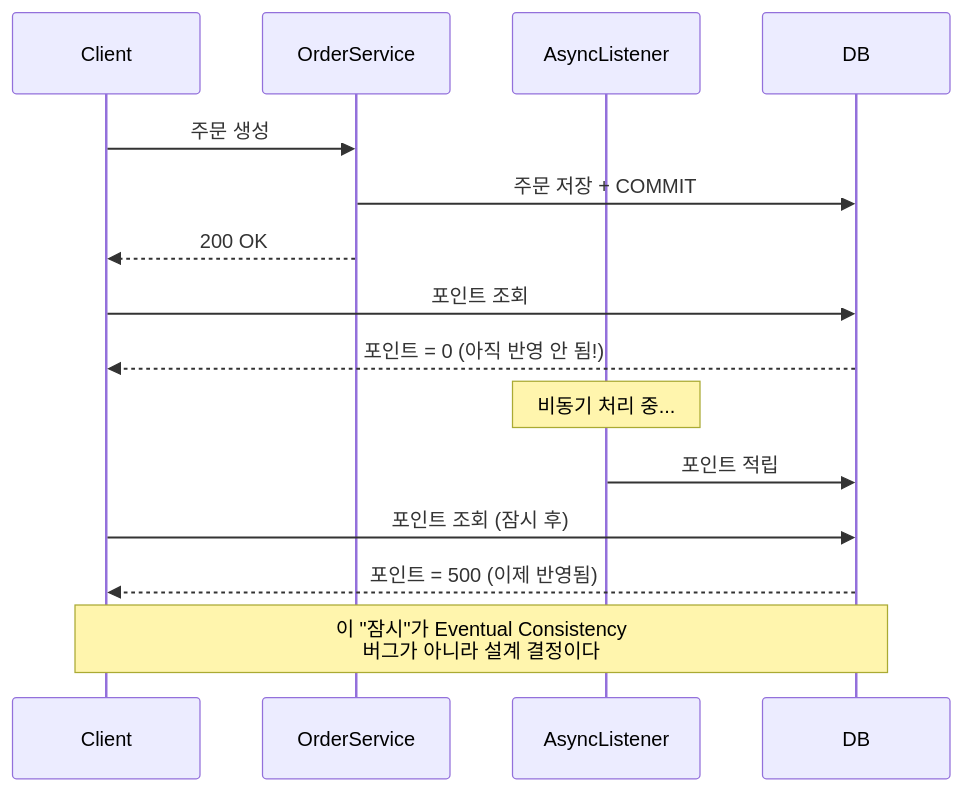
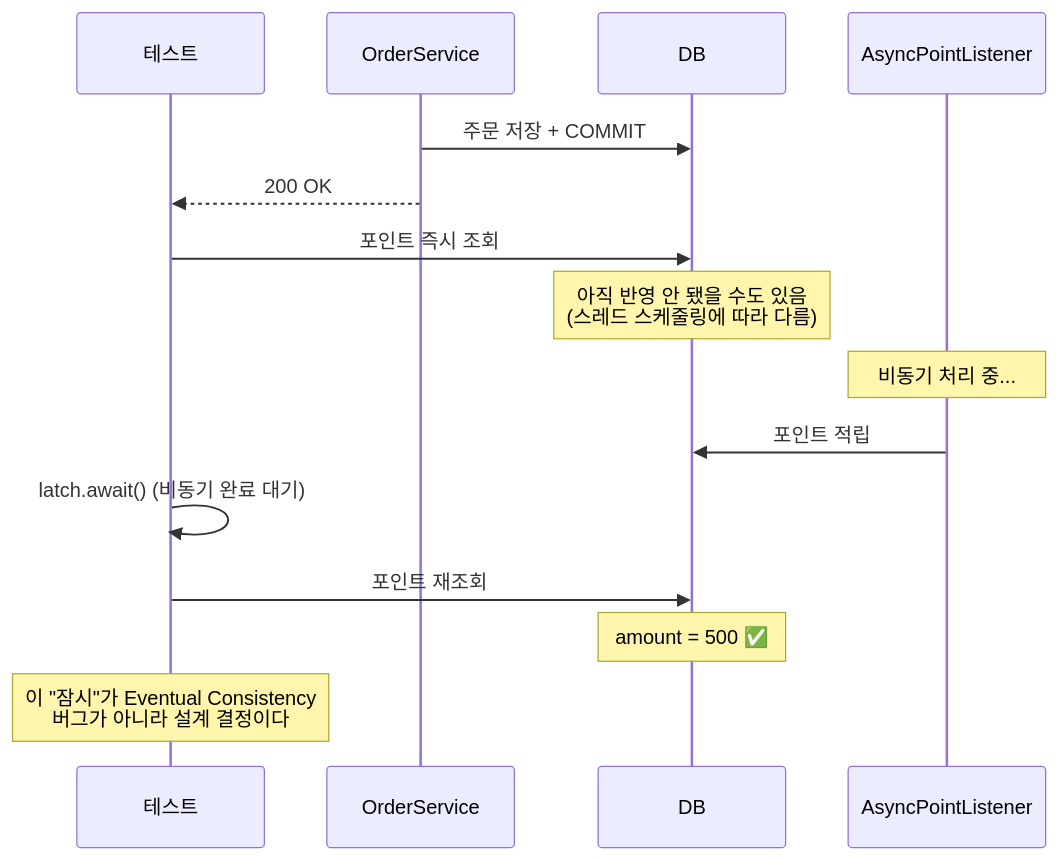
Before and after one commit to katiekim17/messaging-lab: the seventh of 8 diagrams in src/test/java/com/example/messaging/step2_transactional_event/README.md, drawn with Mermaid. The commit also changed other lines of this file and 6 other files, not shown here.

````diff
--- a/src/test/java/com/example/messaging/step2_transactional_event/README.md
+++ b/src/test/java/com/example/messaging/step2_transactional_event/README.md
@@ -89,23 +174,23 @@
 ```mermaid
 sequenceDiagram
-    participant Client
-    participant OrderService
-    participant AsyncListener
-    participant DB
+    participant Test as 테스트
+    participant OS as OrderService
+    participant DB as DB
+    participant AL as AsyncPointListener
 
-    Client->>OrderService: 주문 생성
-    OrderService->>DB: 주문 저장 + COMMIT
+    OS->>DB: 주문 저장 + COMMIT
+    OS-->>Test: 200 OK
 
-    OrderService-->>Client: 200 OK
+    Test->>DB: 포인트 즉시 조회
+    Note over DB: 아직 반영 안 됐을 수도 있음<br/>(스레드 스케줄링에 따라 다름)
 
-    Client->>DB: 포인트 조회
-    DB-->>Client: 포인트 = 0 (아직 반영 안 됨!)
+    Note over AL: 비동기 처리 중...
+    AL->>DB: 포인트 적립
 
-    Note over AsyncListener: 비동기 처리 중...
-    AsyncListener->>DB: 포인트 적립
+    Test->>Test: latch.await() (비동기 완료 대기)
 
-    Client->>DB: 포인트 조회 (잠시 후)
-    DB-->>Client: 포인트 = 500 (이제 반영됨)
+    Test->>DB: 포인트 재조회
+    Note over DB: amount = 500 ✅
 
-    Note over Client,DB: 이 "잠시"가 Eventual Consistency<br/>버그가 아니라 설계 결정이다
+    Note over Test: 이 "잠시"가 Eventual Consistency<br/>버그가 아니라 설계 결정이다
 ```
````
